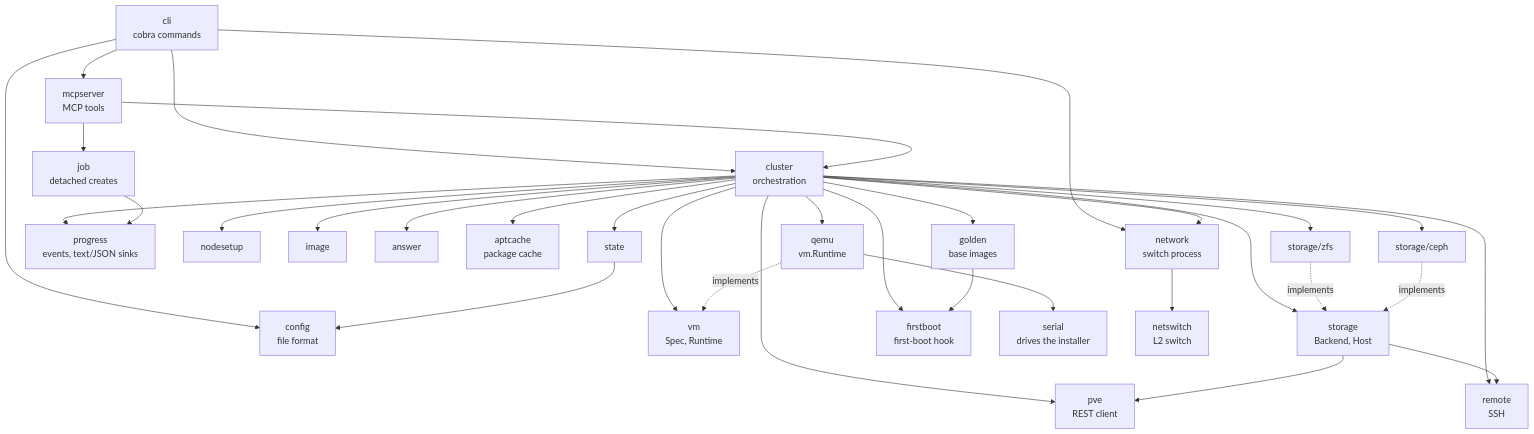
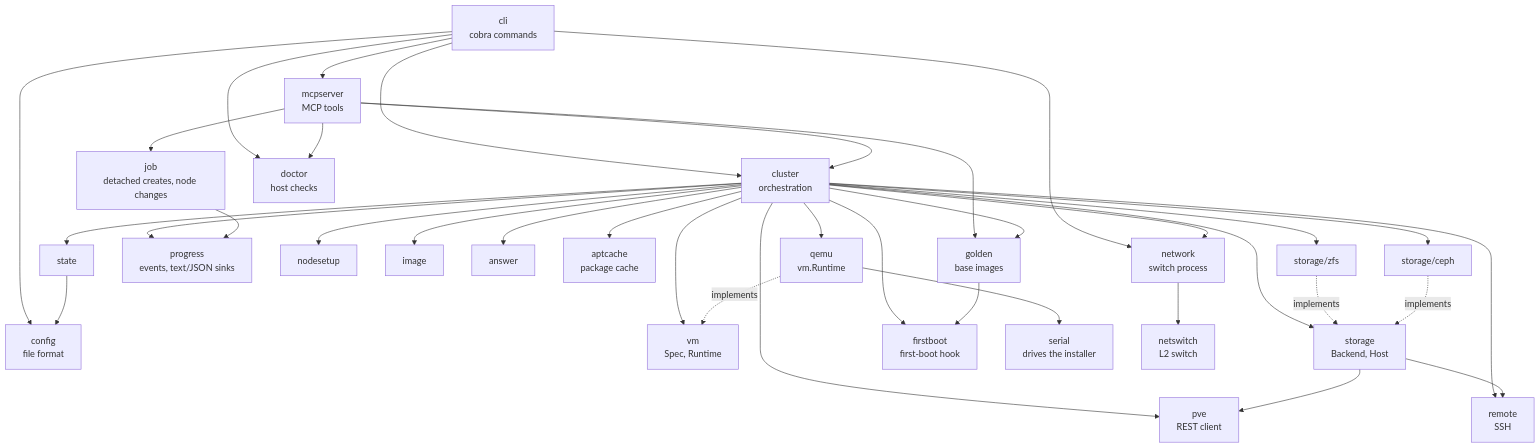
One commit to actions-marketplace-validations/virtbase_proxbase changed the first of 3 diagrams in docs/architecture.md. Above: the diagram before and after it, drawn with Mermaid. The commit also changed other lines of this file and 30 other files, not shown here.

First line of the commit message:
feat(mcp): node, image, host and file tools; proxbase cp (#27)

````diff
--- a/docs/architecture.md
+++ b/docs/architecture.md
@@ -10,35 +10,38 @@
 ```mermaid
 flowchart TD
     cli["cli<br/>cobra commands"] --> cluster
     cli --> config
     cli --> network
     cli --> mcpserver["mcpserver<br/>MCP tools"]
     mcpserver --> cluster
-    mcpserver --> job["job<br/>detached creates"]
+    mcpserver --> job["job<br/>detached creates, node changes"]
+    cli --> doctor["doctor<br/>host checks"]
+    mcpserver --> doctor
+    mcpserver --> golden
     cluster --> progress["progress<br/>events, text/JSON sinks"]
     job --> progress
     cluster["cluster<br/>orchestration"] --> vm
     cluster --> network
     cluster --> storage
     cluster --> nodesetup
     cluster --> image
     cluster --> answer
     cluster --> firstboot["firstboot<br/>first-boot hook"]
     cluster --> aptcache["aptcache<br/>package cache"]
     cluster --> golden["golden<br/>base images"]
     golden --> firstboot
     cluster --> state
     cluster --> pve
     cluster --> remote
     qemu["qemu<br/>vm.Runtime"] -. implements .-> vm["vm<br/>Spec, Runtime"]
     cluster --> qemu
     qemu --> serial["serial<br/>drives the installer"]
     network["network<br/>switch process"] --> netswitch["netswitch<br/>L2 switch"]
     zfs["storage/zfs"] -. implements .-> storage["storage<br/>Backend, Host"]
     ceph["storage/ceph"] -. implements .-> storage
     cluster --> zfs
     cluster --> ceph
     storage --> pve["pve<br/>REST client"]
     storage --> remote["remote<br/>SSH"]
     state --> config["config<br/>file format"]
 ```
````
